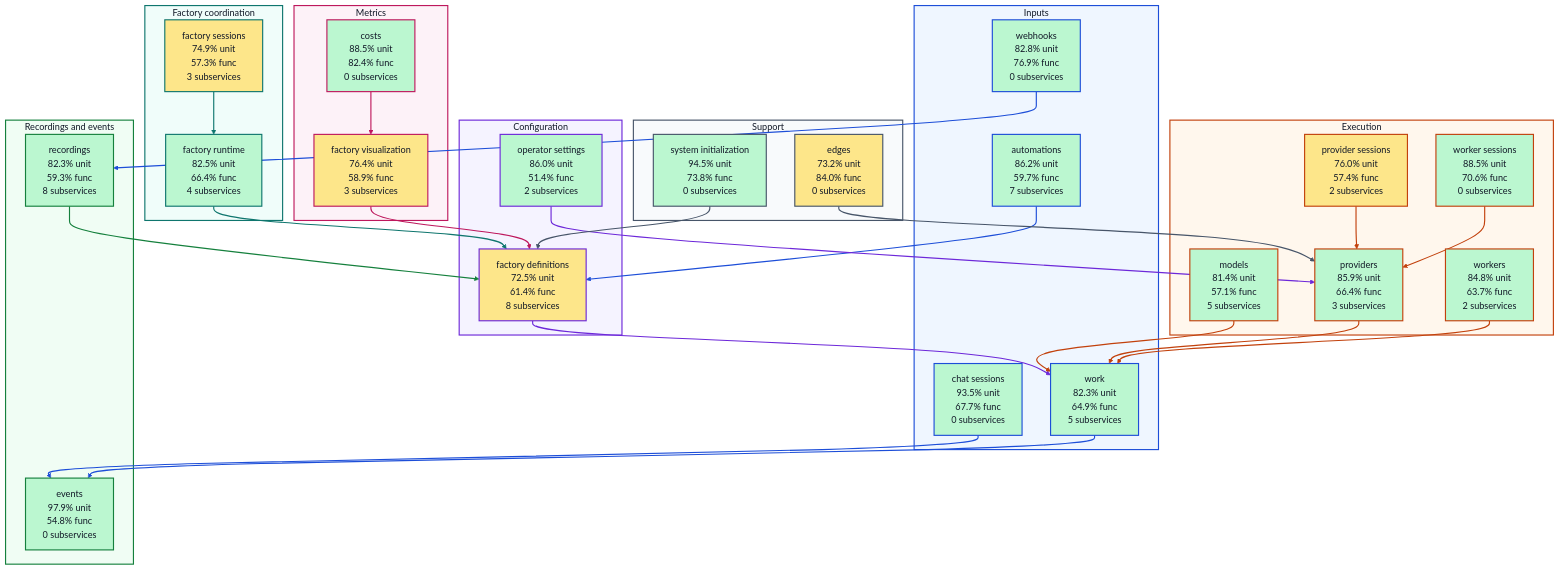
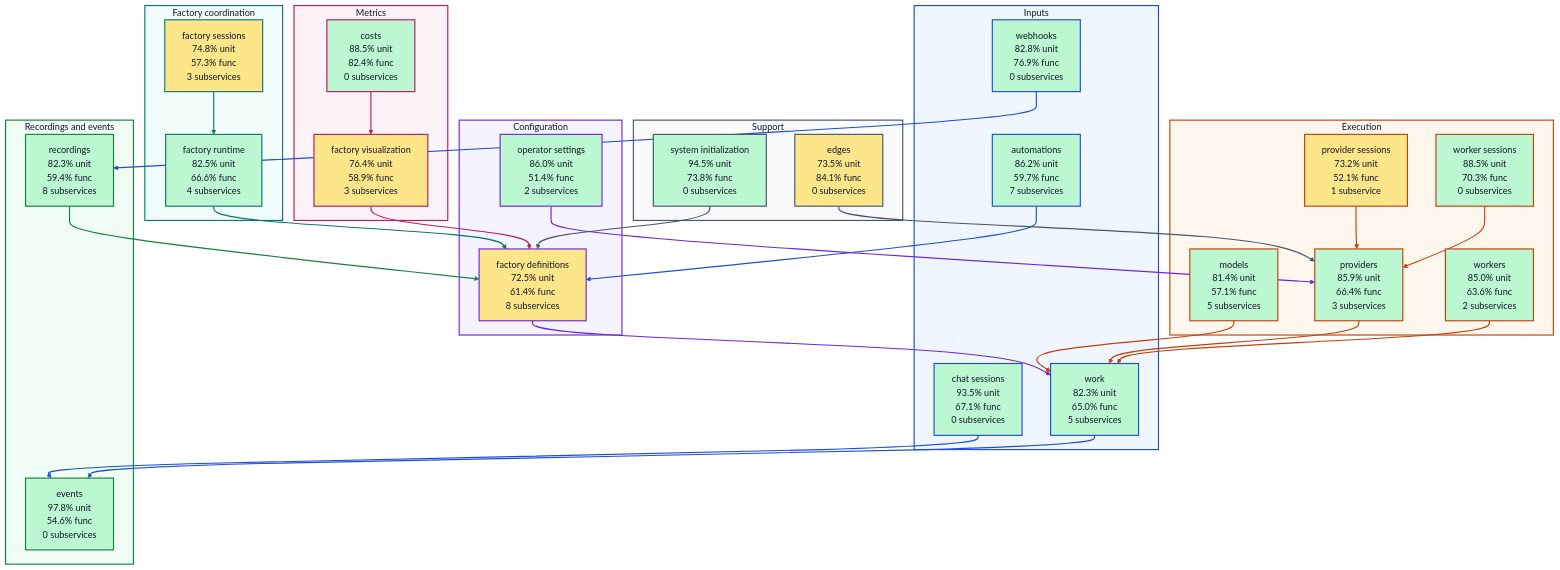
The diagram in docs/architecture/visualizations/high-level-test-coverage.md (portpowered/you-agent-factory), drawn with Mermaid before and after one commit. The commit also changed other lines of this file and 20 other files, not shown here.

Commit message:
docs: refresh backend architecture visualizations

```diff
--- a/docs/architecture/visualizations/high-level-test-coverage.md
+++ b/docs/architecture/visualizations/high-level-test-coverage.md
@@ -12,35 +12,35 @@
 flowchart TB
   subgraph input["Inputs"]
     s_services_automations["automations<br/>86.2% unit<br/>59.7% func<br/>7 subservices"]
-    s_services_chat_sessions["chat sessions<br/>93.5% unit<br/>67.7% func<br/>0 subservices"]
+    s_services_chat_sessions["chat sessions<br/>93.5% unit<br/>67.1% func<br/>0 subservices"]
     s_services_webhooks["webhooks<br/>82.8% unit<br/>76.9% func<br/>0 subservices"]
-    s_services_work["work<br/>82.3% unit<br/>64.9% func<br/>5 subservices"]
+    s_services_work["work<br/>82.3% unit<br/>65.0% func<br/>5 subservices"]
   end
   subgraph configuration["Configuration"]
     s_services_factory_definitions["factory definitions<br/>72.5% unit<br/>61.4% func<br/>8 subservices"]
     s_services_operator_settings["operator settings<br/>86.0% unit<br/>51.4% func<br/>2 subservices"]
   end
   subgraph coordination["Factory coordination"]
-    s_services_factory_runtime["factory runtime<br/>82.5% unit<br/>66.4% func<br/>4 subservices"]
-    s_services_factory_sessions["factory sessions<br/>74.9% unit<br/>57.3% func<br/>3 subservices"]
+    s_services_factory_runtime["factory runtime<br/>82.5% unit<br/>66.6% func<br/>4 subservices"]
+    s_services_factory_sessions["factory sessions<br/>74.8% unit<br/>57.3% func<br/>3 subservices"]
   end
   subgraph execution["Execution"]
     s_services_models["models<br/>81.4% unit<br/>57.1% func<br/>5 subservices"]
-    s_services_provider_sessions["provider sessions<br/>76.0% unit<br/>57.4% func<br/>2 subservices"]
+    s_services_provider_sessions["provider sessions<br/>73.2% unit<br/>52.1% func<br/>1 subservice"]
     s_services_providers["providers<br/>85.9% unit<br/>66.4% func<br/>3 subservices"]
-    s_services_worker_sessions["worker sessions<br/>88.5% unit<br/>70.6% func<br/>0 subservices"]
-    s_services_workers["workers<br/>84.8% unit<br/>63.7% func<br/>2 subservices"]
+    s_services_worker_sessions["worker sessions<br/>88.5% unit<br/>70.3% func<br/>0 subservices"]
+    s_services_workers["workers<br/>85.0% unit<br/>63.6% func<br/>2 subservices"]
   end
   subgraph recordings["Recordings and events"]
-    s_services_events["events<br/>97.9% unit<br/>54.8% func<br/>0 subservices"]
-    s_services_recordings["recordings<br/>82.3% unit<br/>59.3% func<br/>8 subservices"]
+    s_services_events["events<br/>97.8% unit<br/>54.6% func<br/>0 subservices"]
+    s_services_recordings["recordings<br/>82.3% unit<br/>59.4% func<br/>8 subservices"]
   end
   subgraph metrics["Metrics"]
     s_services_costs["costs<br/>88.5% unit<br/>82.4% func<br/>0 subservices"]
     s_services_factory_visualization["factory visualization<br/>76.4% unit<br/>58.9% func<br/>3 subservices"]
   end
   subgraph support["Support"]
-    s_services_edges["edges<br/>73.2% unit<br/>84.0% func<br/>0 subservices"]
+    s_services_edges["edges<br/>73.5% unit<br/>84.1% func<br/>0 subservices"]
     s_services_system_initialization["system initialization<br/>94.5% unit<br/>73.8% func<br/>0 subservices"]
   end
   s_services_automations --> s_services_factory_definitions
```
